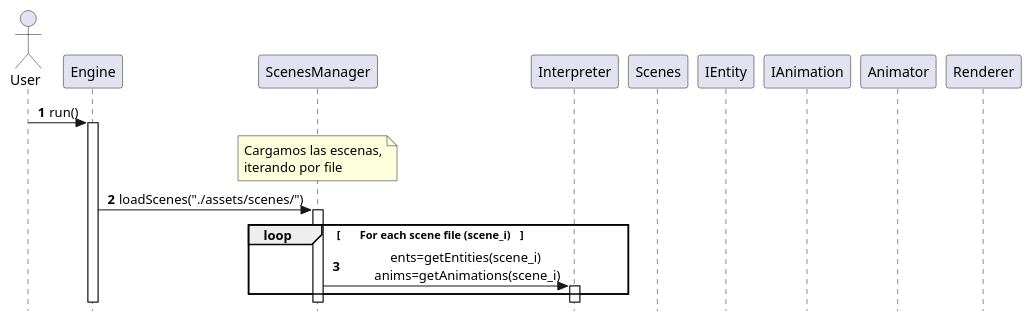
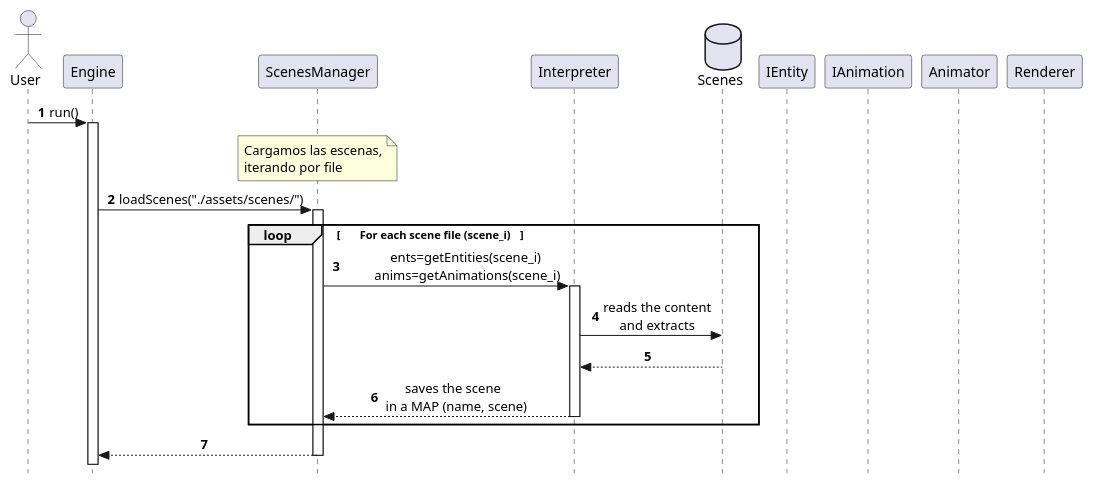
The diagram in docs/diagrams/seq-scene-setup.puml (QchuDev/Animine), drawn with PlantUML before and after one commit. The commit also changed 4 other files, not shown here.

```diff
--- a/docs/diagrams/seq-scene-setup.puml
+++ b/docs/diagrams/seq-scene-setup.puml
@@ -1,30 +1,42 @@
 @startuml
 autonumber
 skinparam Style strictuml
 skinparam SequenceMessageAlignment center
 
 actor User
 participant "Engine" as E
 participant "ScenesManager" as SM
 participant "Interpreter" as IPR
-participant "Scenes" as S
+database "Scenes" as S
 
 participant "IEntity" as IE
 participant "IAnimation" as IA
 
 participant "Animator" as A
 participant "Renderer" as R
 
 User -> E : run()
 activate E
-
 note over SM : Cargamos las escenas,\niterando por file
 E -> SM : loadScenes("./assets/scenes/")
 activate SM
 loop \tFor each scene file (scene_i)\t
     SM -> IPR:\tents=getEntities(scene_i)\n\t anims=getAnimations(scene_i)
     activate IPR
     
+    IPR -> S: reads the content\nand extracts
+    IPR <-- S
+    
+    
+    SM <-- IPR: saves the scene \n in a MAP (name, scene)
+    deactivate IPR
 end
 
+
+
+
+SM --> E
+deactivate SM
+
+
 @enduml
```
